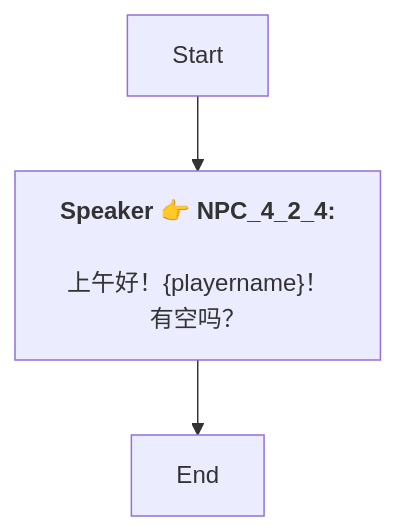
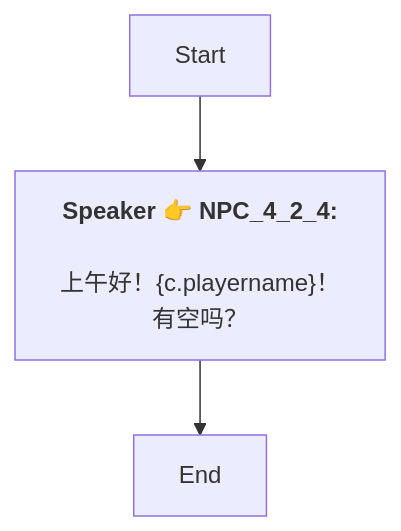
The diagram in Zh/Dialog_55274870774984.md (SoftHu/tos_avg), drawn with Mermaid before and after one commit. The commit also changed 410 other files, not shown here.

````diff
--- a/Zh/Dialog_55274870774984.md
+++ b/Zh/Dialog_55274870774984.md
@@ -1,8 +1,8 @@
 ```mermaid
 graph
 Start -->1768795883434997[<b>Speaker 👉 NPC_4_2_4:</b>
-\n上午好！&lbrace;playername&rbrace;！
+\n上午好！&lbrace;c.playername&rbrace;！
 有空吗？]
 1768795883434997 -->1768795928769526[End]
 
 ```
````
